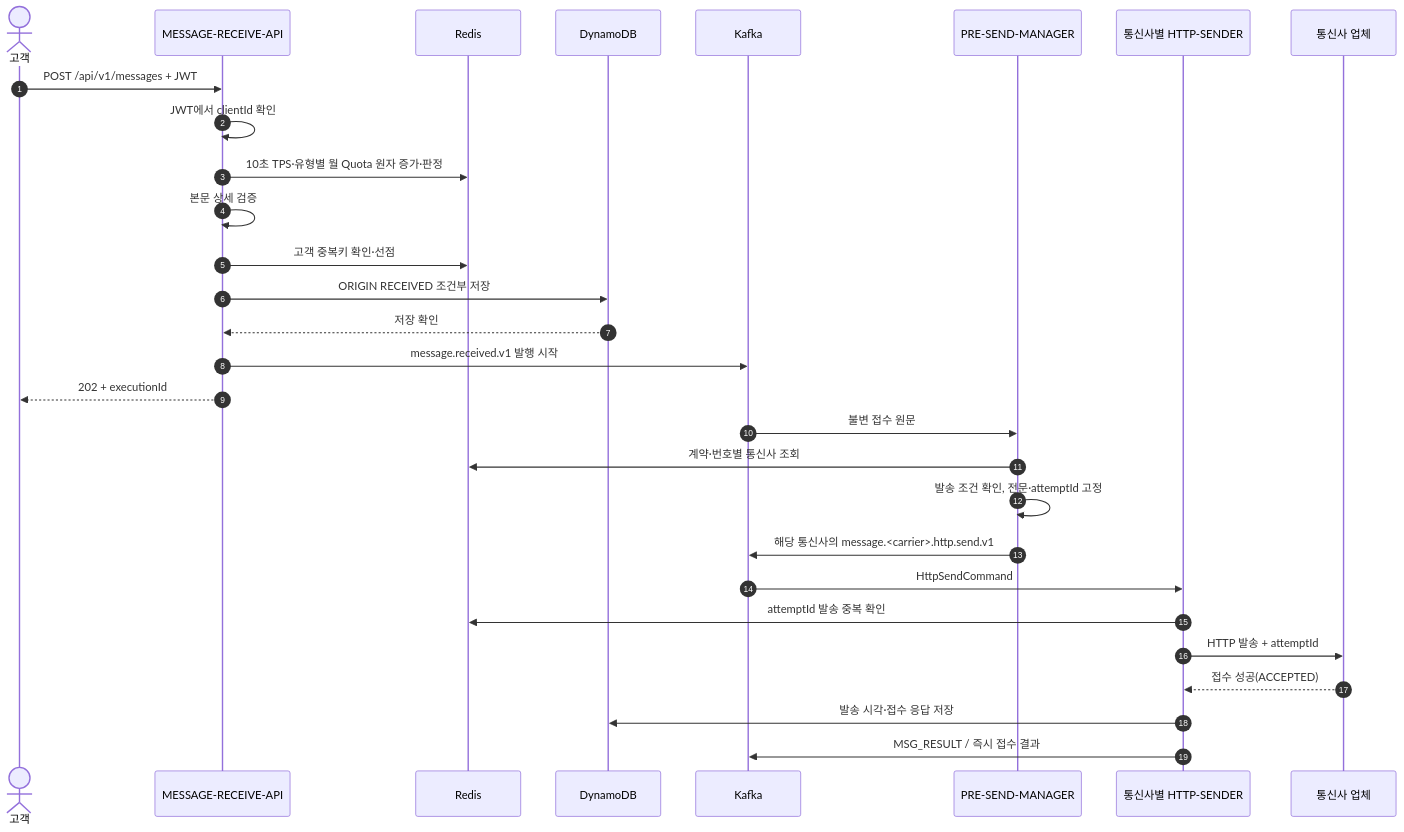
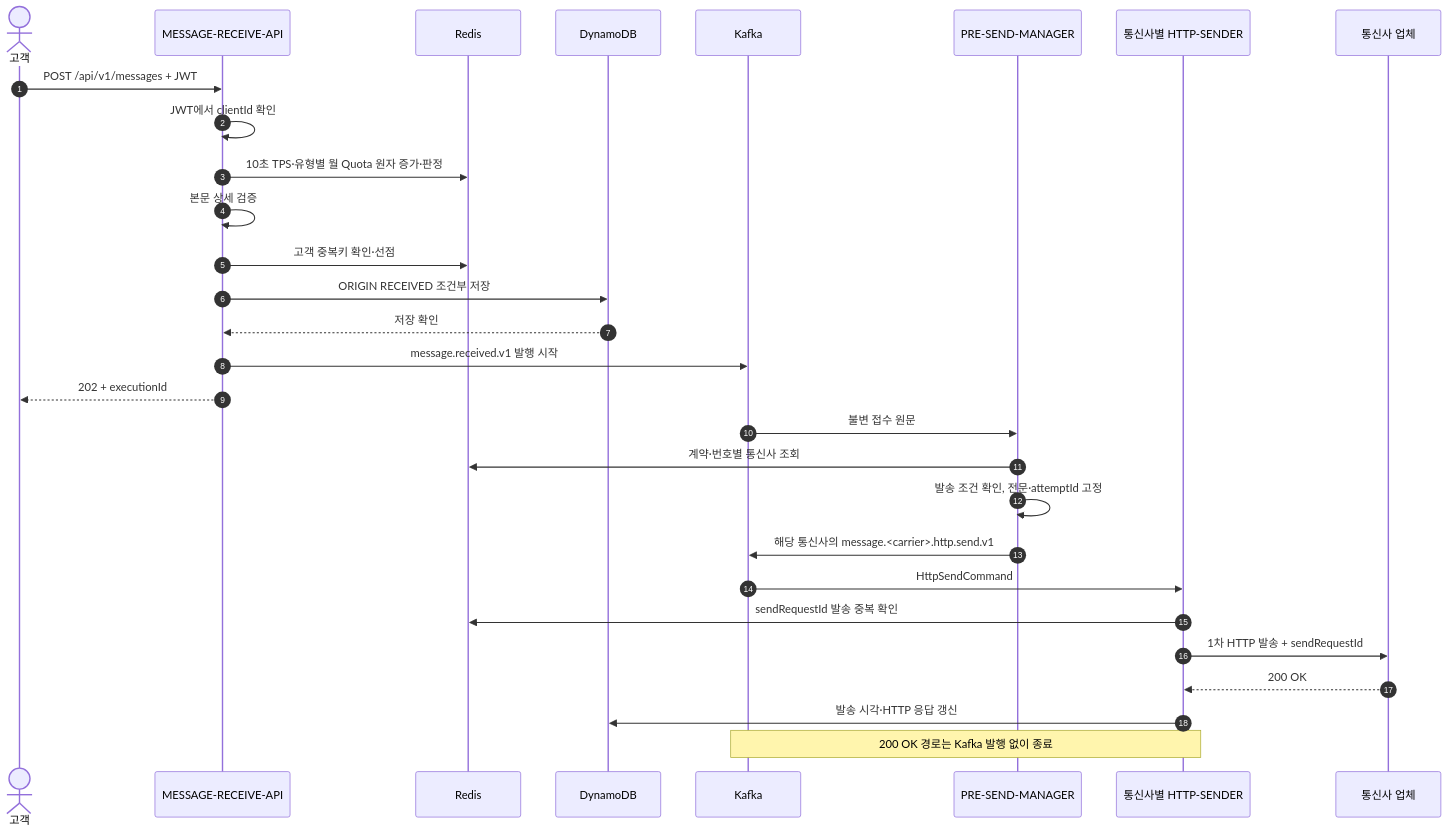
The first of 9 diagrams in docs/53-신규-메시지-케이스별-Call-Flow.md (hyun-seung/High-throughput-event-platform), drawn with Mermaid before and after one commit. The commit also changed other lines of this file and 5 other files, not shown here.

````diff
--- a/docs/53-신규-메시지-케이스별-Call-Flow.md
+++ b/docs/53-신규-메시지-케이스별-Call-Flow.md
@@ -28,31 +28,31 @@
 ```mermaid
 sequenceDiagram
     autonumber
     actor C as 고객
     participant A as MESSAGE-RECEIVE-API
     participant R as Redis
     participant D as DynamoDB
     participant K as Kafka
     participant M as PRE-SEND-MANAGER
     participant S as 통신사별 HTTP-SENDER
     participant P as 통신사 업체
     C->>A: POST /api/v1/messages + JWT
     A->>A: JWT에서 clientId 확인
     A->>R: 10초 TPS·유형별 월 Quota 원자 증가·판정
     A->>A: 본문 상세 검증
     A->>R: 고객 중복키 확인·선점
     A->>D: ORIGIN RECEIVED 조건부 저장
     D-->>A: 저장 확인
     A->>K: message.received.v1 발행 시작
     A-->>C: 202 + executionId
     K->>M: 불변 접수 원문
     M->>R: 계약·번호별 통신사 조회
     M->>M: 발송 조건 확인, 전문·attemptId 고정
     M->>K: 해당 통신사의 message.<carrier>.http.send.v1
     K->>S: HttpSendCommand
-    S->>R: attemptId 발송 중복 확인
-    S->>P: HTTP 발송 + attemptId
-    P-->>S: 접수 성공(ACCEPTED)
-    S->>D: 발송 시각·접수 응답 저장
-    S->>K: MSG_RESULT / 즉시 접수 결과
+    S->>R: sendRequestId 발송 중복 확인
+    S->>P: 1차 HTTP 발송 + sendRequestId
+    P-->>S: 200 OK
+    S->>D: 발송 시각·HTTP 응답 갱신
+    Note over S,K: 200 OK 경로는 Kafka 발행 없이 종료
 ```
````
